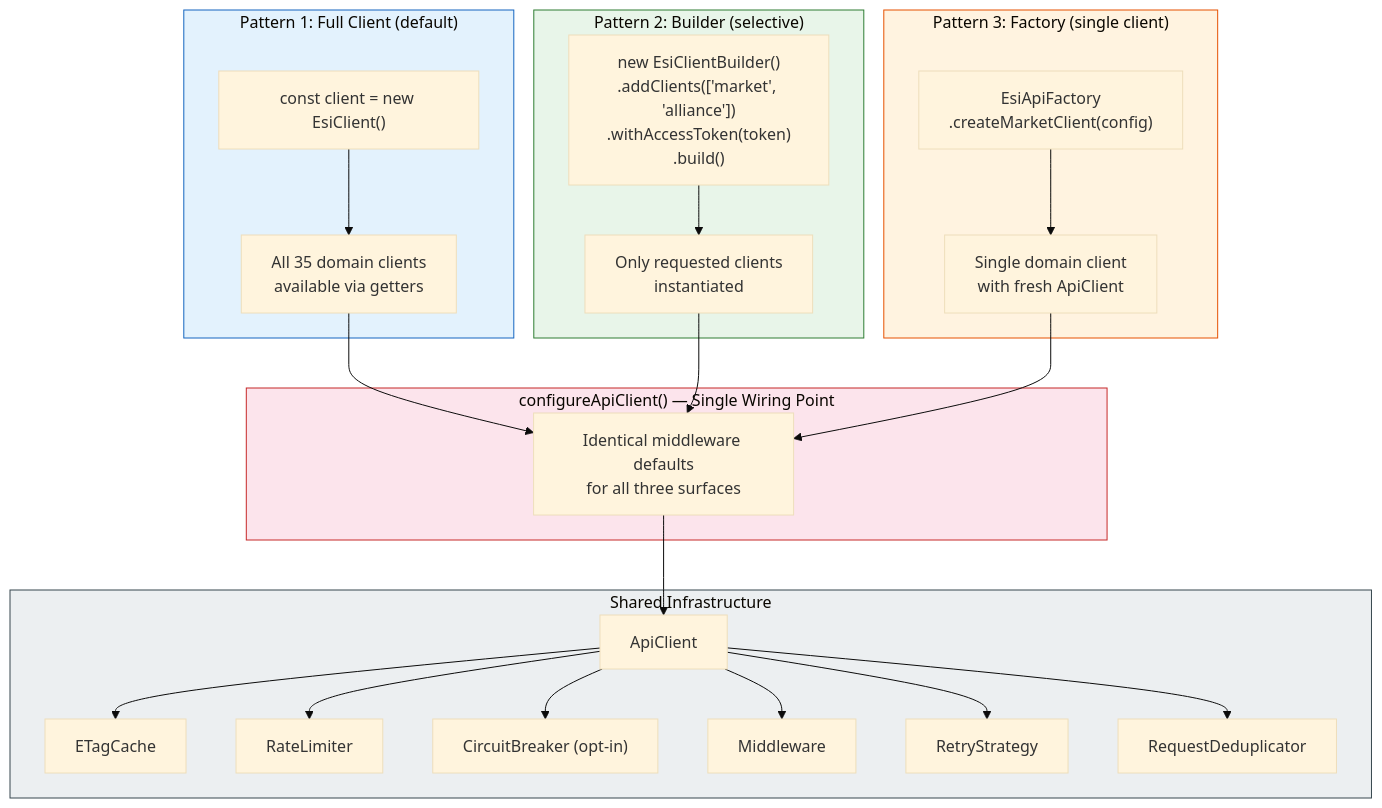
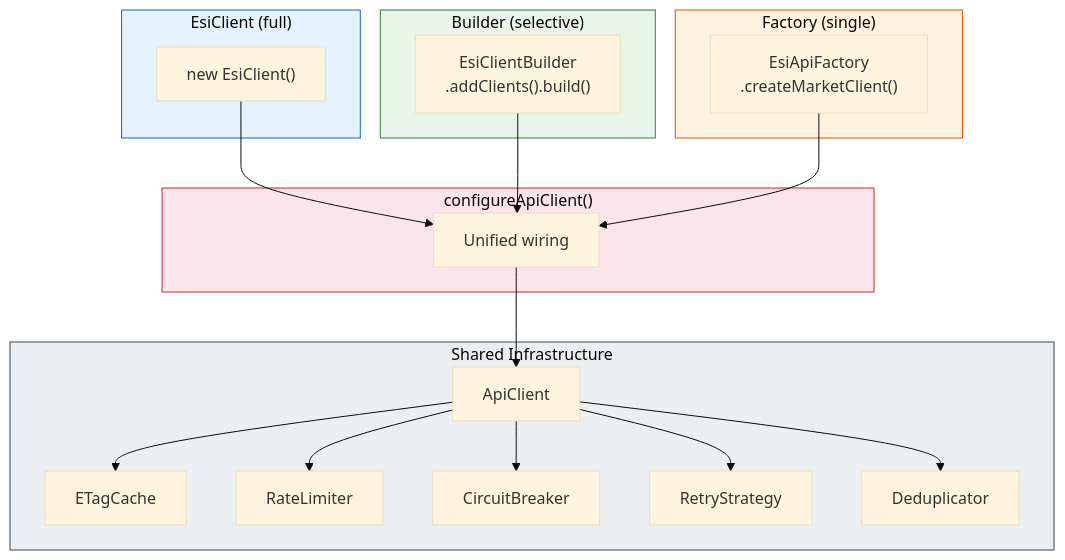
Diagram 11 of 18 in guides/ARCHITECTURE.md (lgriffin/ESI.ts), drawn with Mermaid (base theme) before and after one commit. The commit also changed other lines of this file, not shown here.

First line of the commit message:
docs: fix sequence diagram rendering and enrich architecture prose

````diff
--- a/guides/ARCHITECTURE.md
+++ b/guides/ARCHITECTURE.md
@@ -654,53 +616,41 @@
 ```mermaid
-graph TB
-    subgraph Pattern1["Pattern 1: Full Client (default)"]
-        P1Code["const client = new EsiClient()"]
-        P1Result["All 35 domain clients<br/>available via getters"]
-        P1Code --> P1Result
+flowchart TB
+    subgraph P1 ["EsiClient (full)"]
+        p1["new EsiClient()"]
+    end
+    subgraph P2 ["Builder (selective)"]
+        p2["EsiClientBuilder\n.addClients().build()"]
+    end
+    subgraph P3 ["Factory (single)"]
+        p3["EsiApiFactory\n.createMarketClient()"]
     end
 
-    subgraph Pattern2["Pattern 2: Builder (selective)"]
-        P2Code["new EsiClientBuilder()<br/>.addClients(['market', 'alliance'])<br/>.withAccessToken(token)<br/>.build()"]
-        P2Result["Only requested clients<br/>instantiated"]
-        P2Code --> P2Result
+    subgraph CW ["configureApiClient()"]
+        cw["Unified wiring"]
     end
 
-    subgraph Pattern3["Pattern 3: Factory (single client)"]
-        P3Code["EsiApiFactory<br/>.createMarketClient(config)"]
-        P3Result["Single domain client<br/>with fresh ApiClient"]
-        P3Code --> P3Result
+    subgraph Infra ["Shared Infrastructure"]
+        ac["ApiClient"]
+        cache["ETagCache"]
+        rl["RateLimiter"]
+        cb["CircuitBreaker"]
+        retry["RetryStrategy"]
+        dedup["Deduplicator"]
     end
 
-    subgraph ConfigWiring["configureApiClient() — Single Wiring Point"]
-        Configure["Identical middleware defaults<br/>for all three surfaces"]
-    end
+    p1 --> cw
+    p2 --> cw
+    p3 --> cw
+    cw --> ac
+    ac --> cache
+    ac --> rl
+    ac --> cb
+    ac --> retry
+    ac --> dedup
 
-    subgraph Shared["Shared Infrastructure"]
-        ApiClient["ApiClient"]
-        Cache["ETagCache"]
-        RL["RateLimiter"]
-        CB["CircuitBreaker (opt-in)"]
-        MW["Middleware"]
-        Retry["RetryStrategy"]
-        Dedup["RequestDeduplicator"]
-    end
-
-    P1Result --> Configure
-    P2Result --> Configure
-    P3Result --> Configure
-
-    Configure --> ApiClient
-
-    ApiClient --> Cache
-    ApiClient --> RL
-    ApiClient --> CB
-    ApiClient --> MW
-    ApiClient --> Retry
-    ApiClient --> Dedup
-
-    style Pattern1 fill:#e3f2fd,stroke:#1565c0
-    style Pattern2 fill:#e8f5e9,stroke:#2e7d32
-    style Pattern3 fill:#fff3e0,stroke:#e65100
-    style ConfigWiring fill:#fce4ec,stroke:#c62828
-    style Shared fill:#eceff1,stroke:#37474f
+    style P1 fill:#e3f2fd,stroke:#1565c0
+    style P2 fill:#e8f5e9,stroke:#2e7d32
+    style P3 fill:#fff3e0,stroke:#e65100
+    style CW fill:#fce4ec,stroke:#c62828
+    style Infra fill:#eceff1,stroke:#37474f
 ```
````
